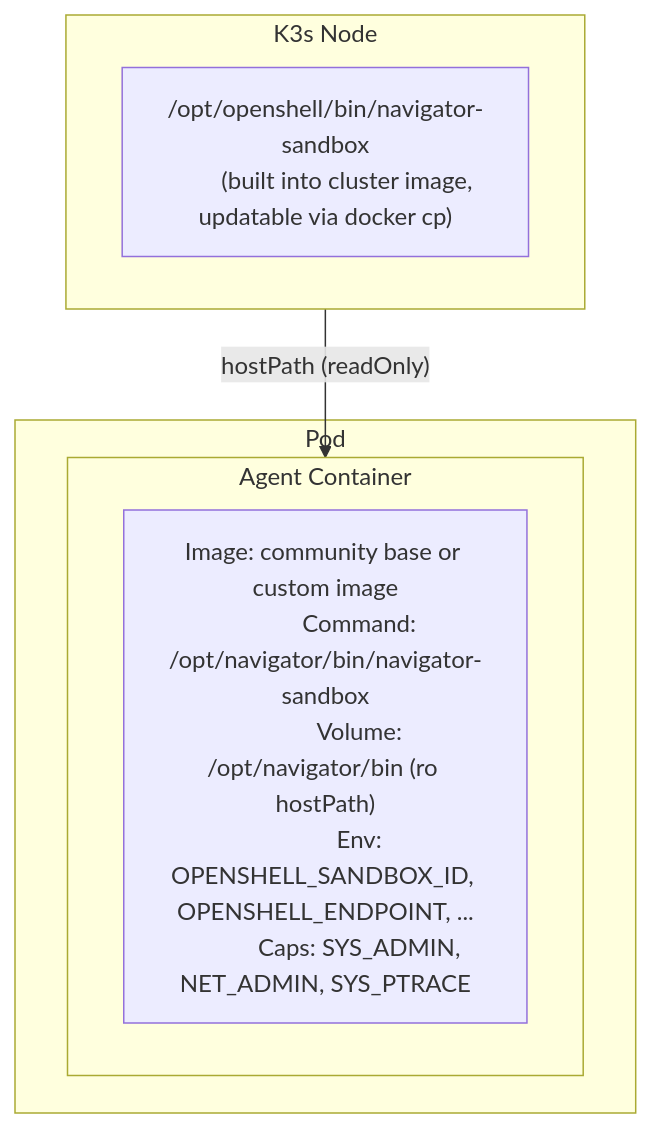
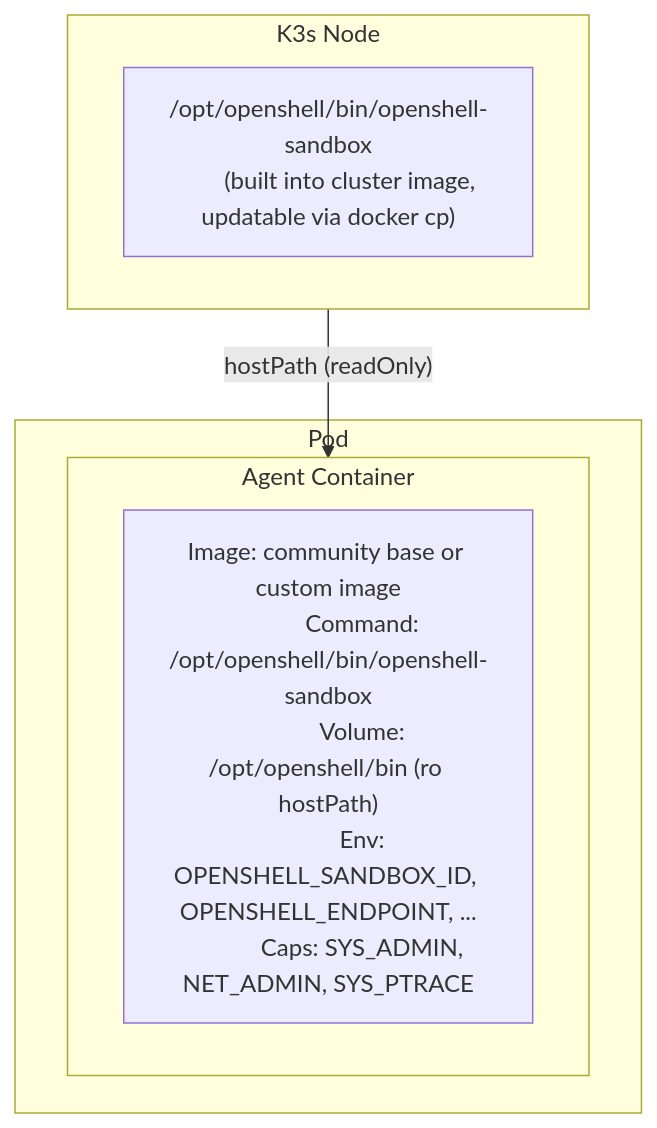
Before and after one commit to NVIDIA/OpenShell: the diagram in architecture/sandbox-custom-containers.md, drawn with Mermaid. The commit also changed other lines of this file and 283 other files, not shown here.

First line of the commit message:
refactor: rename navigator- crate prefix to openshell-

````diff
--- a/architecture/sandbox-custom-containers.md
+++ b/architecture/sandbox-custom-containers.md
@@ -39,19 +39,19 @@
 ```mermaid
 flowchart TB
     subgraph node["K3s Node"]
-        bin["/opt/openshell/bin/navigator-sandbox
+        bin["/opt/openshell/bin/openshell-sandbox
         (built into cluster image, updatable via docker cp)"]
     end
 
     node -- "hostPath (readOnly)" --> agent
 
     subgraph pod["Pod"]
         subgraph agent["Agent Container"]
             agent_desc["Image: community base or custom image
-            Command: /opt/navigator/bin/navigator-sandbox
-            Volume: /opt/navigator/bin (ro hostPath)
+            Command: /opt/openshell/bin/openshell-sandbox
+            Volume: /opt/openshell/bin (ro hostPath)
             Env: OPENSHELL_SANDBOX_ID, OPENSHELL_ENDPOINT, ...
             Caps: SYS_ADMIN, NET_ADMIN, SYS_PTRACE"]
         end
     end
 ```
````
